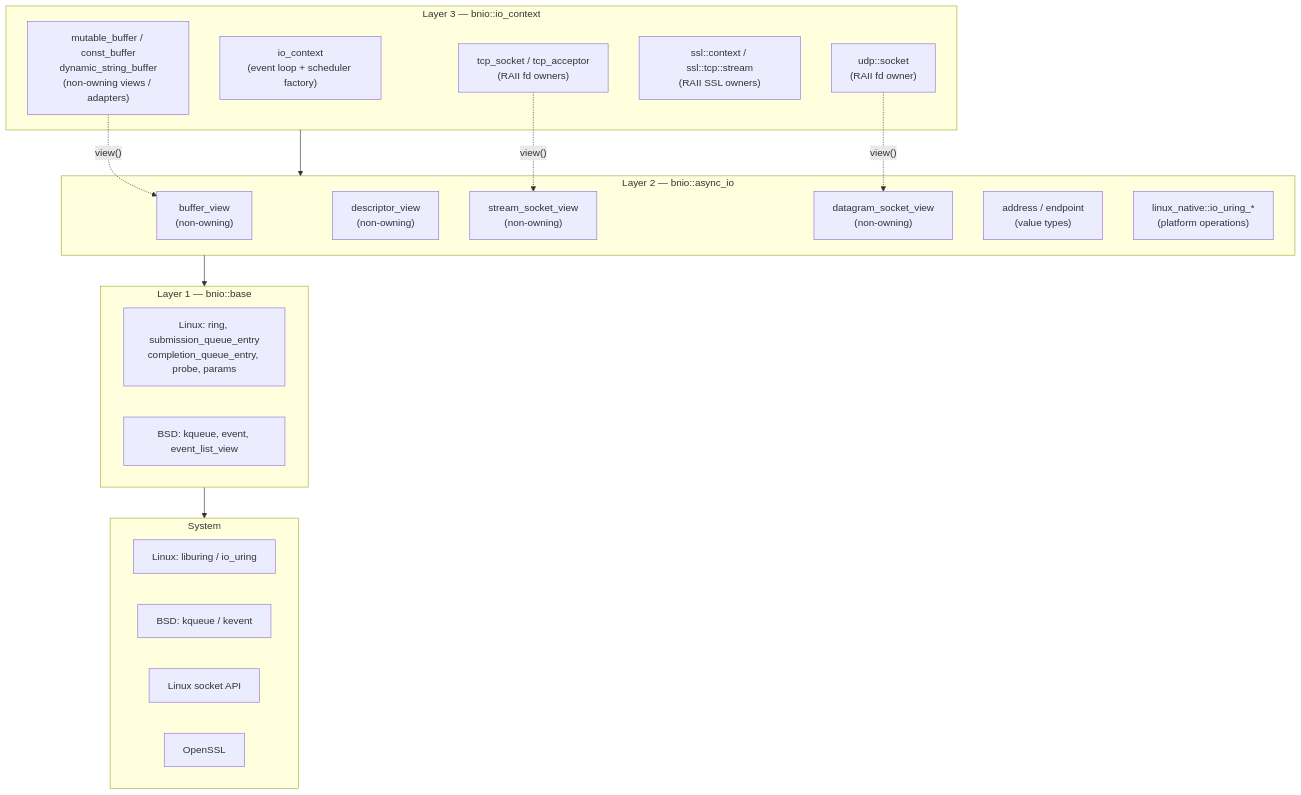
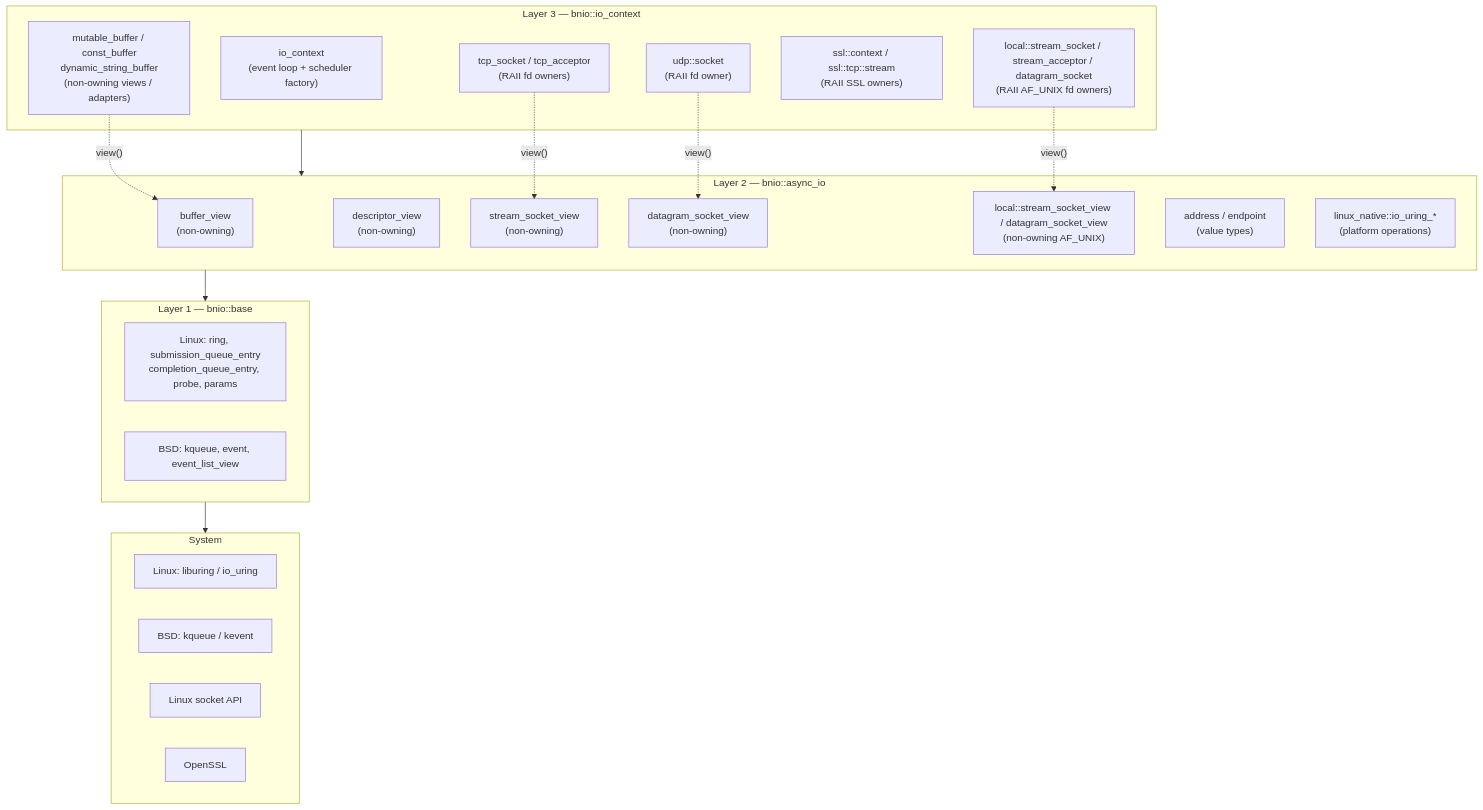
Before and after one commit to haomingbai/bnio: the first of 2 diagrams in docs/design/architecture/layers.md, drawn with Mermaid. The commit also changed 17 other files, not shown here.

````diff
--- a/docs/design/architecture/layers.md
+++ b/docs/design/architecture/layers.md
@@ -3,38 +3,41 @@
 ```mermaid
 graph TB
     subgraph L3["Layer 3 — bnio::io_context"]
         C3_ctx["io_context<br/>(event loop + scheduler factory)"]
         C3_tcp["tcp_socket / tcp_acceptor<br/>(RAII fd owners)"]
         C3_udp["udp::socket<br/>(RAII fd owner)"]
+        C3_local["local::stream_socket / stream_acceptor / datagram_socket<br/>(RAII AF_UNIX fd owners)"]
         C3_ssl["ssl::context / ssl::tcp::stream<br/>(RAII SSL owners)"]
         C3_buf["mutable_buffer / const_buffer<br/>dynamic_string_buffer<br/>(non-owning views / adapters)"]
     end
 
     subgraph L2["Layer 2 — bnio::async_io"]
         C2_buf["buffer_view<br/>(non-owning)"]
         C2_desc["descriptor_view<br/>(non-owning)"]
         C2_stream["stream_socket_view<br/>(non-owning)"]
         C2_datagram["datagram_socket_view<br/>(non-owning)"]
+        C2_local["local::stream_socket_view / datagram_socket_view<br/>(non-owning AF_UNIX)"]
         C2_ip["address / endpoint<br/>(value types)"]
         C2_native["linux_native::io_uring_*<br/>(platform operations)"]
     end
 
     subgraph L1["Layer 1 — bnio::base"]
         C1_linux["Linux: ring, submission_queue_entry<br/>completion_queue_entry, probe, params"]
         C1_bsd["BSD: kqueue, event, event_list_view"]
     end
 
     subgraph SYS["System"]
         S1["Linux: liburing / io_uring"]
         S2["BSD: kqueue / kevent"]
         S3["Linux socket API"]
         S4["OpenSSL"]
     end
 
     L1 --> SYS
     L2 --> L1
     L3 --> L2
     C3_tcp -.->|"view()"| C2_stream
     C3_udp -.->|"view()"| C2_datagram
+    C3_local -.->|"view()"| C2_local
     C3_buf -.->|"view()"| C2_buf
 ```
````
